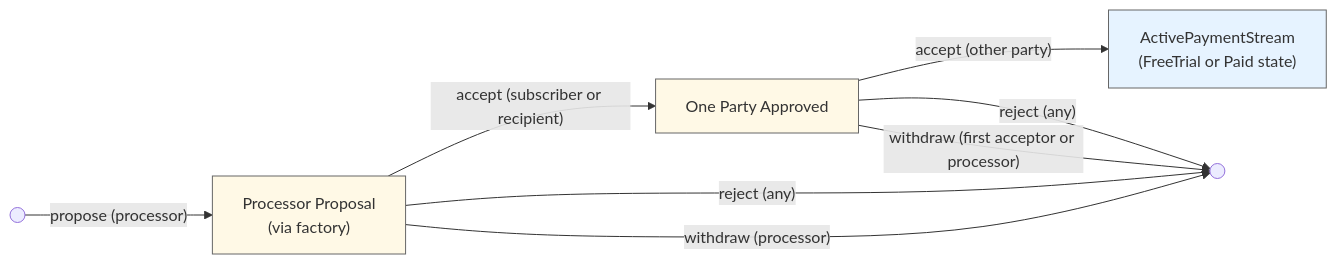
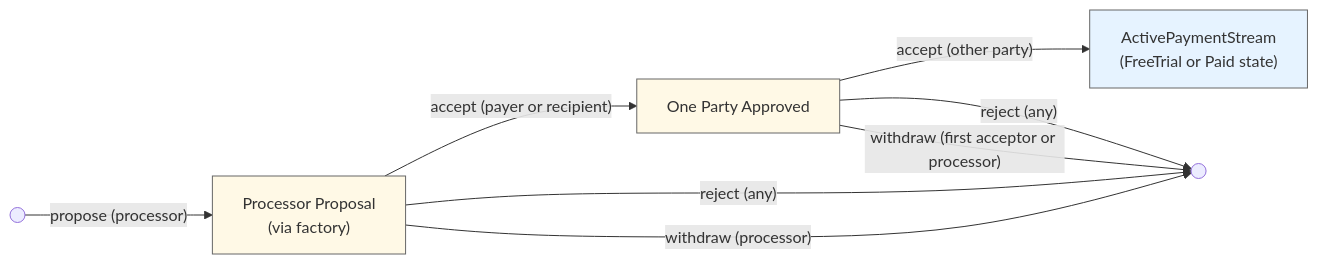
One commit to Fairmint/open-captable-protocol-daml changed the third of 5 diagrams in CantonPayments/README.md. Above: the diagram before and after it, drawn with Mermaid. The commit also changed other lines of this file and 17 other files, not shown here.

````diff
--- a/CantonPayments/README.md
+++ b/CantonPayments/README.md
@@ -221,15 +221,15 @@
 ```mermaid
 flowchart LR
     Start(( )) --> |"propose (processor)"| PP["Processor Proposal<br>(via factory)"]
-    PP -->|"accept (subscriber or recipient)"| OneApproved[One Party Approved]
+    PP -->|"accept (payer or recipient)"| OneApproved[One Party Approved]
     PP -->|"reject (any)"| End(( ))
     PP -->|"withdraw (processor)"| End
     OneApproved -->|"accept (other party)"| AS["ActivePaymentStream<br>(FreeTrial or Paid state)"]
     OneApproved -->|"reject (any)"| End
     OneApproved -->|"withdraw (first acceptor or processor)"| End
     
     classDef proposal fill:#fff9e6,stroke:#666
     classDef active fill:#e6f3ff,stroke:#666
     class PP,OneApproved proposal
     class AS active
 ```
````
